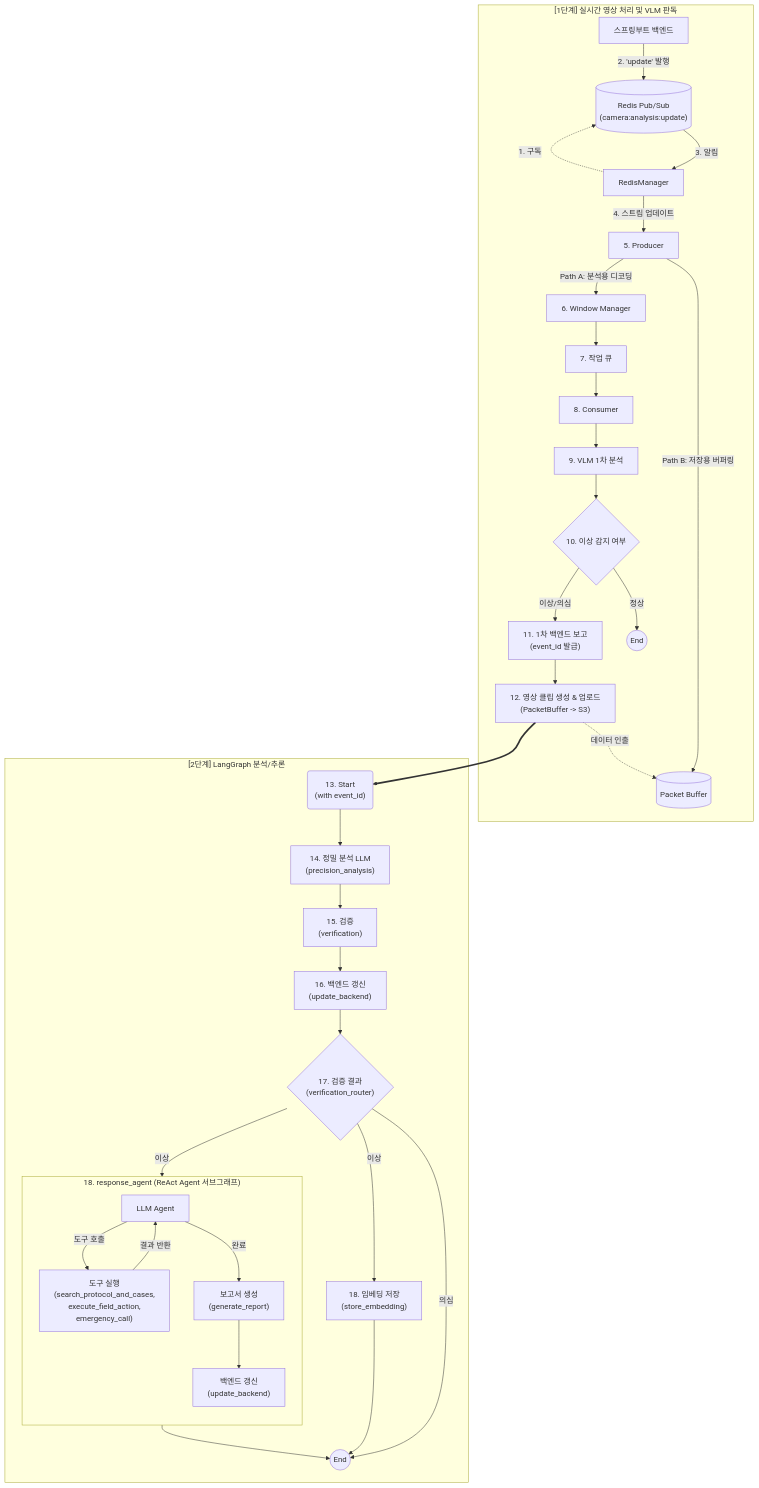
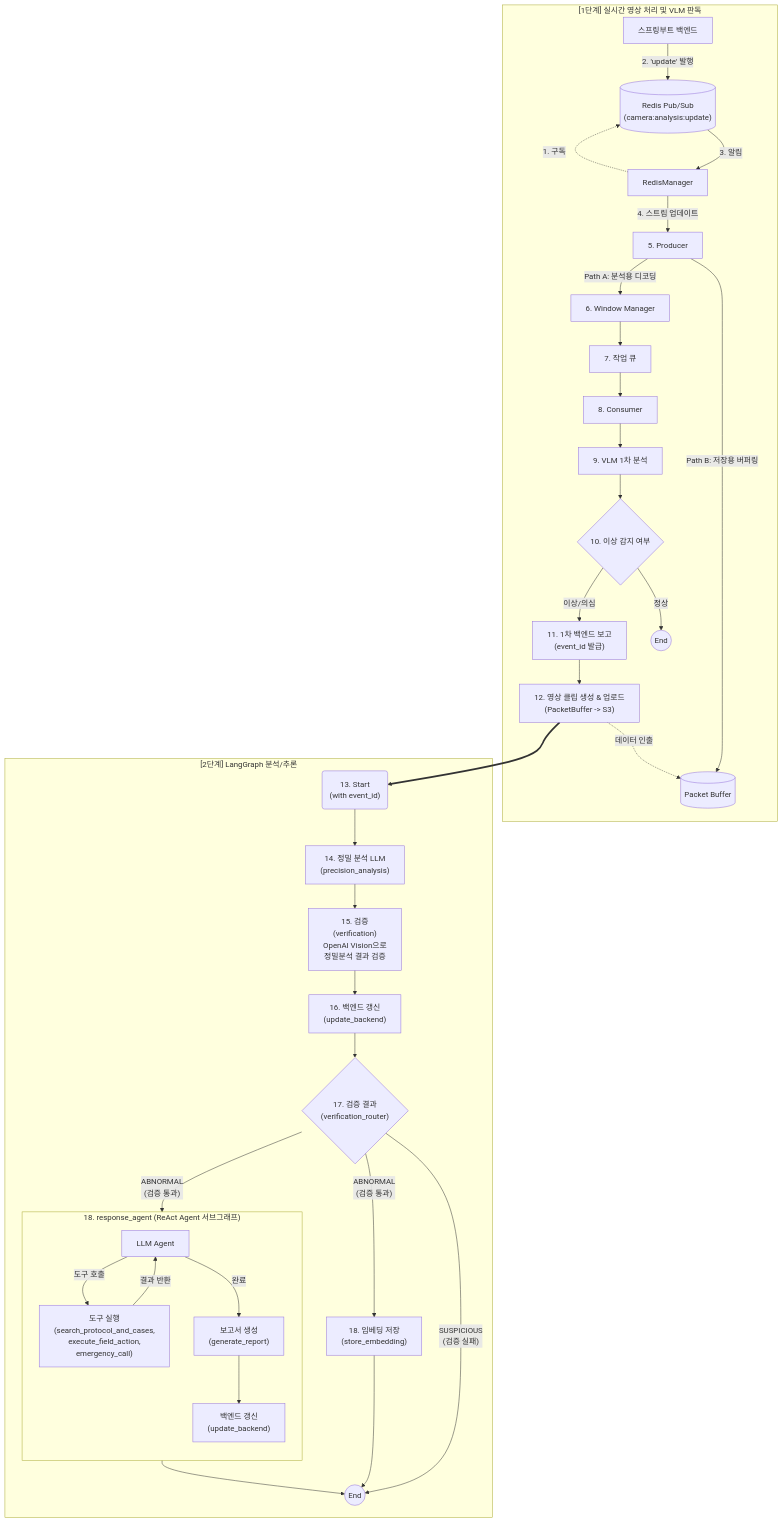
One commit to AIX-01/aegis-ai-agent changed the first of 2 diagrams in README.md. Above: the diagram before and after it, drawn with Mermaid. The commit also changed other lines of this file and 6 other files, not shown here.

````diff
--- a/README.md
+++ b/README.md
@@ -684,59 +684,59 @@
 ```mermaid
 graph TD
     subgraph RealTime["[1단계] 실시간 영상 처리 및 VLM 판독"]
         ExtMgr["스프링부트 백엔드"]
         RedisCh[("Redis Pub/Sub<br>(camera:analysis:update)")]
         RM["RedisManager"]
 
         RM -. "1. 구독" .-> RedisCh
         ExtMgr -- "2. 'update' 발행" --> RedisCh
         RedisCh -- "3. 알림" --> RM
         
         RM -- "4. 스트림 업데이트" --> P["5. Producer"]
         P -- "Path A: 분석용 디코딩" --> W["6. Window Manager"]
         P -- "Path B: 저장용 버퍼링" --> PB[("Packet Buffer")]
         
         W --> Q["7. 작업 큐"]
         Q --> C["8. Consumer"]
         C --> VLM["9. VLM 1차 분석"]
         VLM --> Router{"10. 이상 감지 여부"}
         Router -- "이상/의심" --> BR["11. 1차 백엔드 보고<br>(event_id 발급)"]
         BR --> Clip["12. 영상 클립 생성 & 업로드<br>(PacketBuffer -> S3)"]
         Clip -. "데이터 인출" .-> PB
         Router -- "정상" --> EndLocal((End))
     end
 
     subgraph LangGraph["[2단계] LangGraph 분석/추론"]
         Clip ~~~ Start
         Start("13. Start<br>(with event_id)")
         
         Start --> N_Precise["14. 정밀 분석 LLM <br>(precision_analysis)"]
-        N_Precise --> N_Verify["15. 검증<br>(verification)"]
+        N_Precise --> N_Verify["15. 검증<br>(verification)<br>OpenAI Vision으로<br>정밀분석 결과 검증"]
         N_Verify --> N_Update["16. 백엔드 갱신<br>(update_backend)"]
         N_Update --> Router2{"17. 검증 결과<br>(verification_router)"}
         
-        Router2 -- "이상" --> N_Embed["18. 임베딩 저장<br>(store_embedding)"]
-        Router2 -- "의심" --> EndGraph((End))
+        Router2 -- "ABNORMAL<br>(검증 통과)" --> N_Embed["18. 임베딩 저장<br>(store_embedding)"]
+        Router2 -- "SUSPICIOUS<br>(검증 실패)" --> EndGraph((End))
         
         N_Embed --> EndGraph
         
-        Router2 -- "이상" --> SubAgent
+        Router2 -- "ABNORMAL<br>(검증 통과)" --> SubAgent
         
         subgraph SubAgent["18. response_agent (ReAct Agent 서브그래프)"]
             direction TB
             SA_Agent["LLM Agent"]
             SA_Tools["도구 실행<br>(search_protocol_and_cases,<br>execute_field_action,<br>emergency_call)"]
             SA_Report["보고서 생성<br>(generate_report)"]
             SA_UpdateBackend["백엔드 갱신<br>(update_backend)"]
             
             SA_Agent -- "도구 호출" --> SA_Tools
             SA_Tools -- "결과 반환" --> SA_Agent
             SA_Agent -- "완료" --> SA_Report
             SA_Report --> SA_UpdateBackend
         end
         
         SubAgent --> EndGraph
     end
 
     Clip ==> Start
 ```
````
